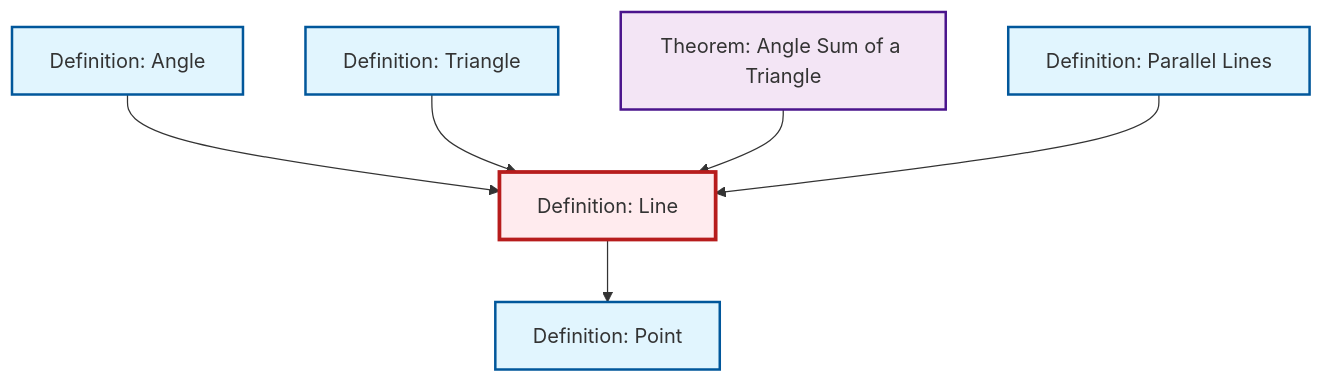
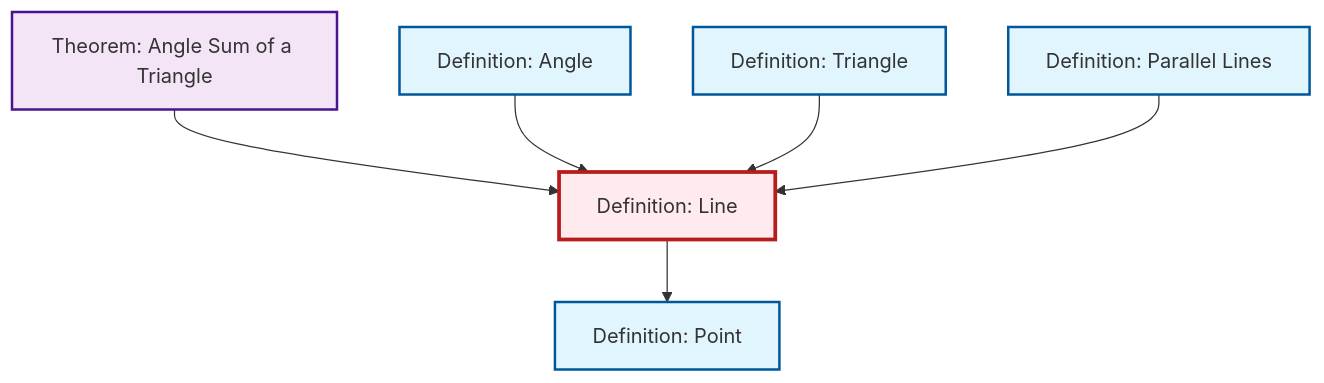
The diagram in content/en/geometry/def-line.qmd (RK0429/ModernMath), drawn with Mermaid before and after one commit. The commit also changed other lines of this file and 474 other files, not shown here.

````diff
--- a/content/en/geometry/def-line.qmd
+++ b/content/en/geometry/def-line.qmd
@@ -45,26 +45,26 @@
 ```{mermaid}
 %%| fig-cap: "Local dependency graph"
 graph TD
     classDef definition fill:#e1f5fe,stroke:#01579b,stroke-width:2px
     classDef theorem fill:#f3e5f5,stroke:#4a148c,stroke-width:2px
     classDef axiom fill:#fff3e0,stroke:#e65100,stroke-width:2px
     classDef example fill:#e8f5e9,stroke:#1b5e20,stroke-width:2px
     classDef current fill:#ffebee,stroke:#b71c1c,stroke-width:3px
+    def-triangle["Definition: Triangle"]:::definition
+    def-point["Definition: Point"]:::definition
+    def-line["Definition: Line"]:::definition
+    def-parallel["Definition: Parallel Lines"]:::definition
     thm-angle-sum-triangle["Theorem: Angle Sum of a Triangle"]:::theorem
-    def-line["Definition: Line"]:::definition
-    def-triangle["Definition: Triangle"]:::definition
     def-angle["Definition: Angle"]:::definition
-    def-parallel["Definition: Parallel Lines"]:::definition
-    def-point["Definition: Point"]:::definition
+    thm-angle-sum-triangle --> def-line
     def-angle --> def-line
+    def-line --> def-point
     def-triangle --> def-line
-    thm-angle-sum-triangle --> def-line
-    def-line --> def-point
     def-parallel --> def-line
     class def-line current
+    click def-triangle "def-triangle.html" "Go to Triangle definition"
+    click def-point "def-point.html" "Go to Point definition"
+    click def-parallel "def-parallel.html" "Go to Parallel Lines definition"
     click thm-angle-sum-triangle "thm-angle-sum-triangle.html" "Go to Angle Sum of a Triangle theorem"
-    click def-triangle "def-triangle.html" "Go to Triangle definition"
     click def-angle "def-angle.html" "Go to Angle definition"
-    click def-parallel "def-parallel.html" "Go to Parallel Lines definition"
-    click def-point "def-point.html" "Go to Point definition"
 ```
````
